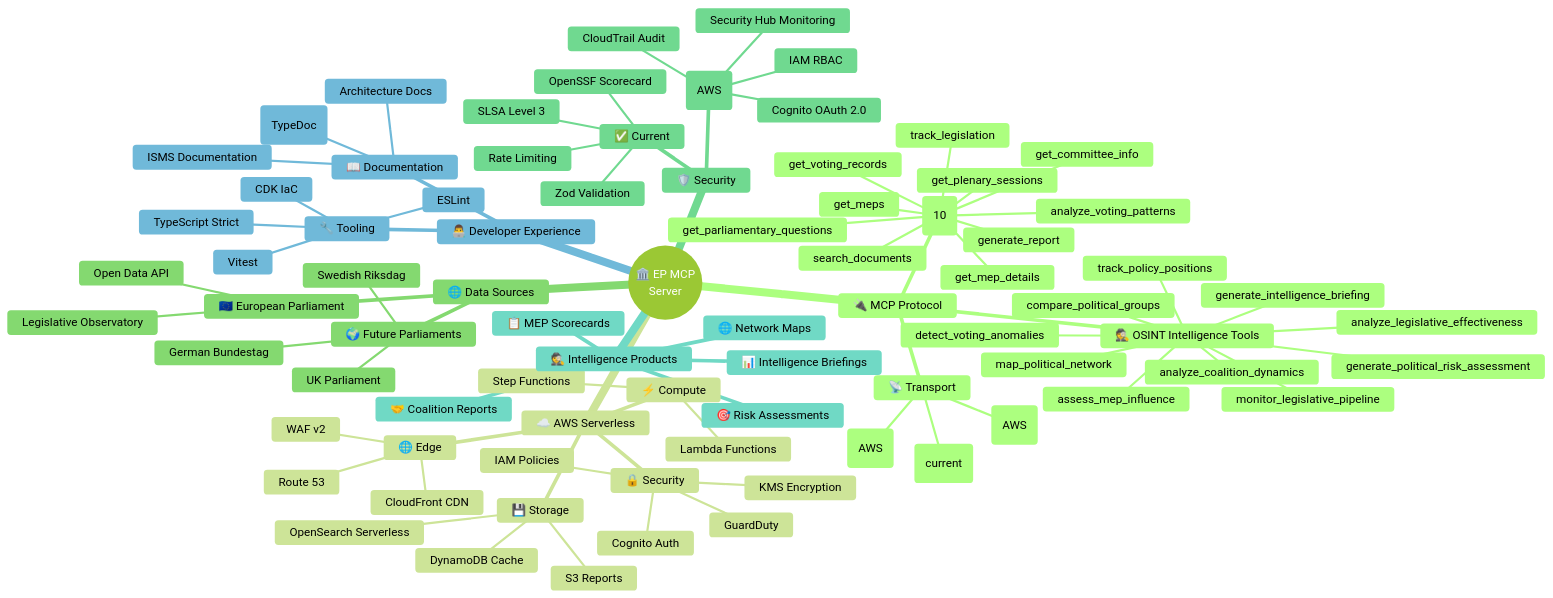
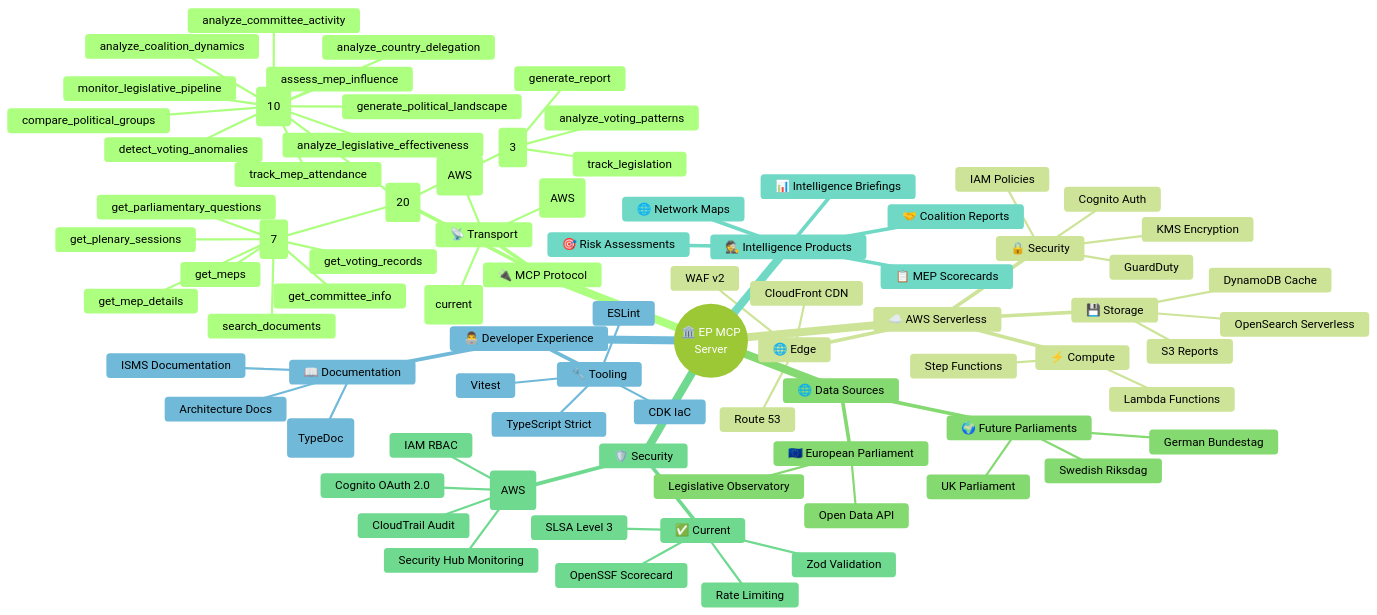
One commit to Hack23/European-Parliament-MCP-Server changed the first of 7 diagrams in FUTURE_MINDMAP.md. Above: the diagram before and after it, drawn with Mermaid (forest theme). The commit also changed other lines of this file and 8 other files, not shown here.

```diff
--- a/FUTURE_MINDMAP.md
+++ b/FUTURE_MINDMAP.md
@@ -50,28 +50,30 @@
 mindmap
   root((🏛️ EP MCP<br>Server))
     🔌 MCP Protocol
-      🔧 Current Tools (10)
-        get_meps
-        get_mep_details
-        get_plenary_sessions
-        get_voting_records
-        search_documents
-        get_committee_info
-        get_parliamentary_questions
-        analyze_voting_patterns
-        track_legislation
-        generate_report
-      🕵️ OSINT Intelligence Tools
-        assess_mep_influence
-        analyze_coalition_dynamics
-        map_political_network
-        detect_voting_anomalies
-        generate_political_risk_assessment
-        track_policy_positions
-        analyze_legislative_effectiveness
-        compare_political_groups
-        generate_intelligence_briefing
-        monitor_legislative_pipeline
+      🔧 Current Tools (20)
+        Core (7)
+          get_meps
+          get_mep_details
+          get_plenary_sessions
+          get_voting_records
+          search_documents
+          get_committee_info
+          get_parliamentary_questions
+        Advanced (3)
+          analyze_voting_patterns
+          track_legislation
+          generate_report
+        OSINT Intelligence (10)
+          assess_mep_influence
+          analyze_coalition_dynamics
+          detect_voting_anomalies
+          compare_political_groups
+          analyze_legislative_effectiveness
+          monitor_legislative_pipeline
+          analyze_committee_activity
+          track_mep_attendance
+          analyze_country_delegation
+          generate_political_landscape
       📡 Transport
         stdio (current)
         API Gateway HTTP (AWS)
```
